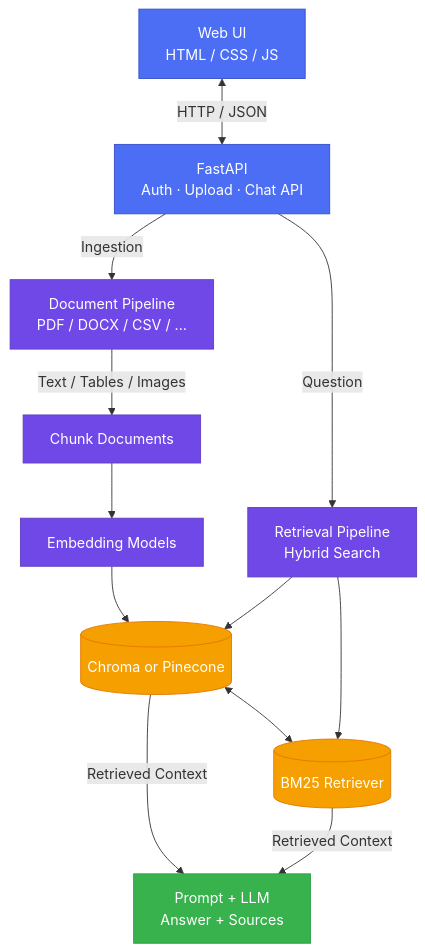
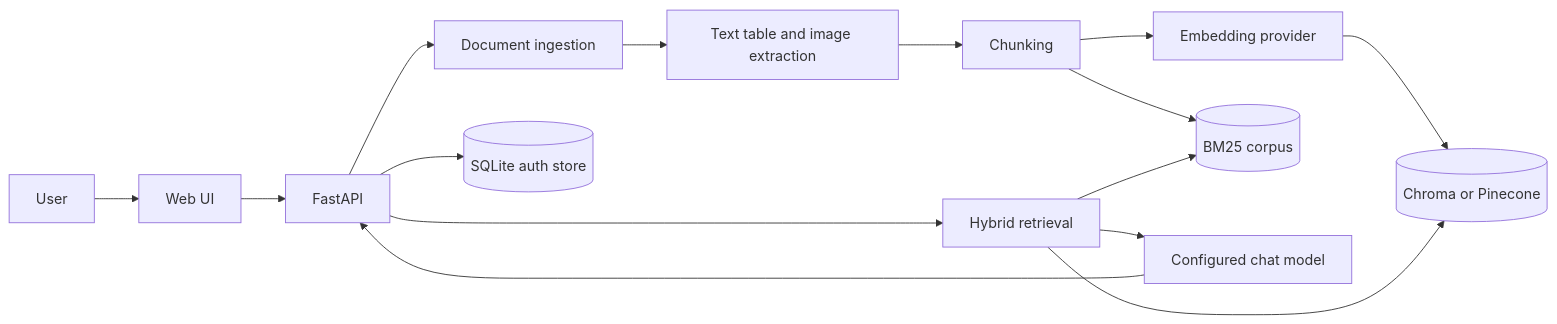
The diagram in README.md (Narang-Garima/document-portal), drawn with Mermaid before and after one commit. The commit also changed other lines of this file and 10 other files, not shown here.

````diff
--- a/README.md
+++ b/README.md
@@ -28,36 +28,20 @@
 ```mermaid
-flowchart TD
-    UI[Web UI<br/>HTML / CSS / JS]
-    API[FastAPI<br/>Auth · Upload · Chat API]
-    ING[Document Pipeline<br/>PDF / DOCX / CSV / ...]
-    RET[Retrieval Pipeline<br/>Hybrid Search]
-    CHUNK[Chunk Documents]
-    EMBED[Embedding Models]
-    VEC[(Chroma or Pinecone)]
-    BM25[(BM25 Retriever)]
-    LLM[Prompt + LLM<br/>Answer + Sources]
+flowchart LR
+    U[User] --> UI[Web UI]
+    UI --> API[FastAPI]
 
-    UI <-->|HTTP / JSON| API
-    API -->|Ingestion| ING
-    API -->|Question| RET
+    API --> ING[Document ingestion]
+    ING --> EXT[Text table and image extraction]
+    EXT --> CH[Chunking]
+    CH --> EMB[Embedding provider]
+    EMB --> VS[(Chroma or Pinecone)]
+    CH --> BM[(BM25 corpus)]
 
-    ING -->|Text / Tables / Images| CHUNK
-    CHUNK --> EMBED
-    EMBED --> VEC
+    API --> RET[Hybrid retrieval]
+    RET --> VS
+    RET --> BM
+    RET --> LLM[Configured chat model]
+    LLM --> API
 
-    VEC <--> BM25
-    RET --> VEC
-    RET --> BM25
-    VEC -->|Retrieved Context| LLM
-    BM25 -->|Retrieved Context| LLM
-
-    classDef entry fill:#4C6EF5,stroke:#364FC7,color:#fff
-    classDef process fill:#7048E8,stroke:#5F3DC4,color:#fff
-    classDef storage fill:#F59F00,stroke:#E67700,color:#fff
-    classDef output fill:#37B24D,stroke:#2F9E44,color:#fff
-
-    class UI,API entry
-    class ING,RET,CHUNK,EMBED process
-    class VEC,BM25 storage
-    class LLM output
+    API --> AUTH[(SQLite auth store)]
 ```
````
